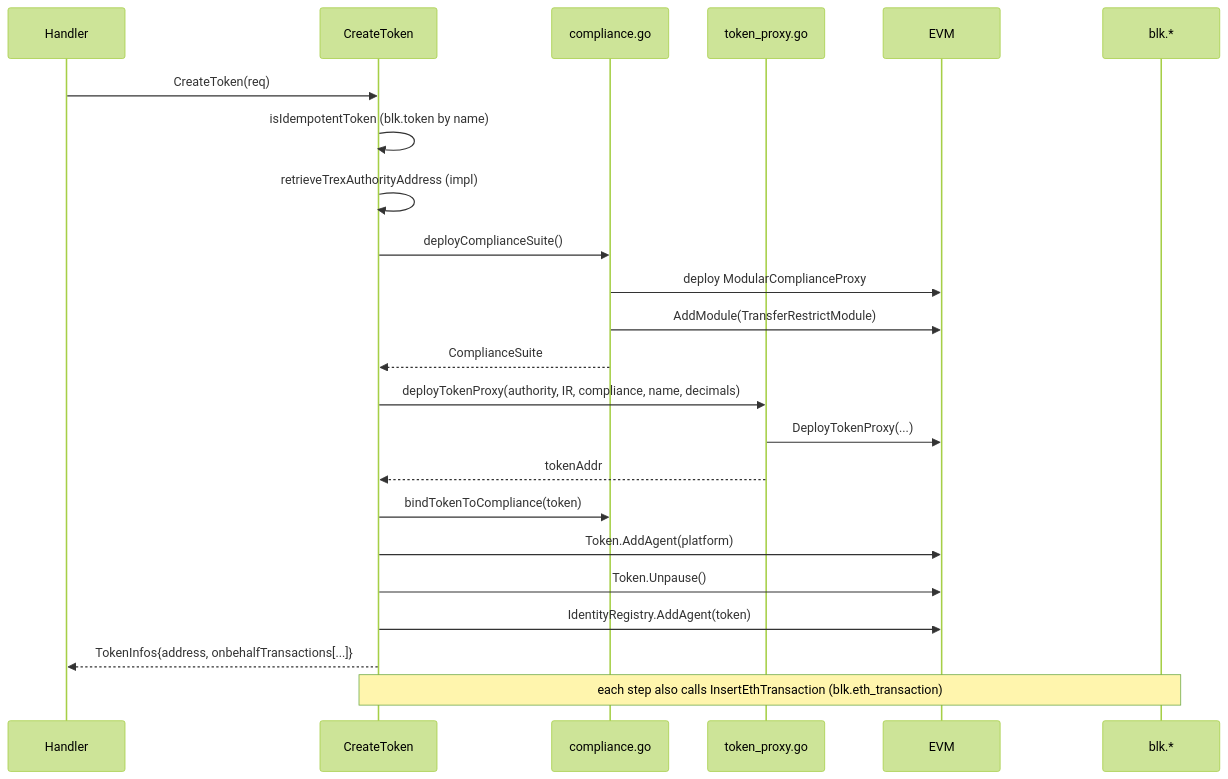
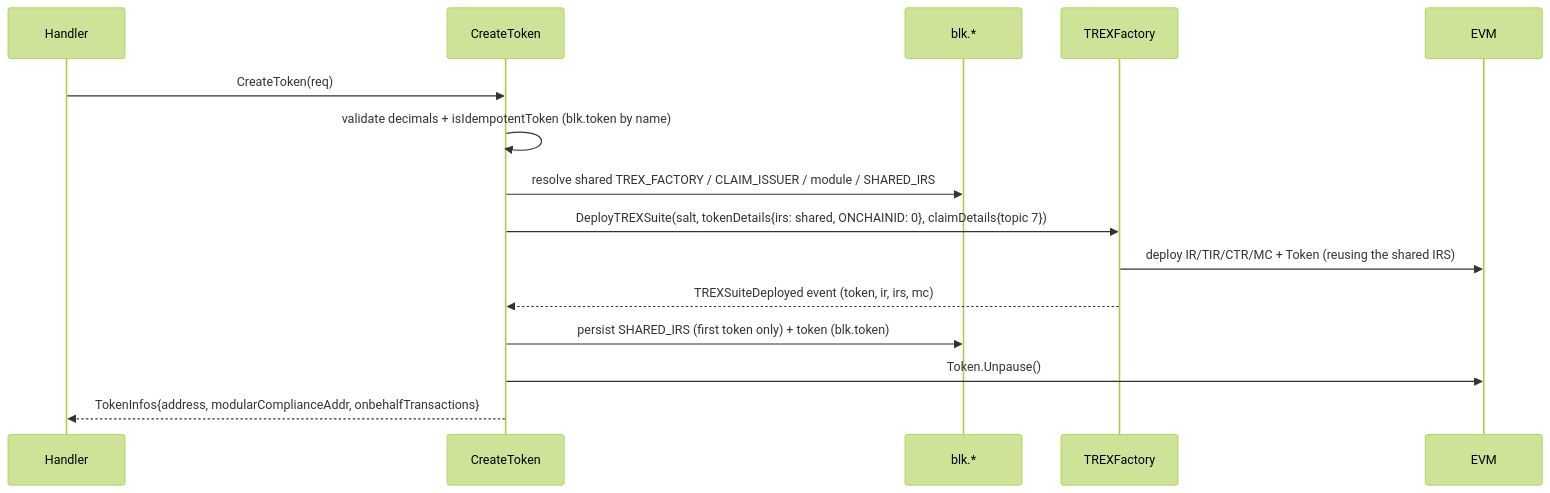
The fourth of 5 diagrams in internal/blockchain/README.md (TookenOrg/Tooken-Services), drawn with Mermaid (forest theme) before and after one commit. The commit also changed other lines of this file and 13 other files, not shown here.

````diff
--- a/internal/blockchain/README.md
+++ b/internal/blockchain/README.md
@@ -196,26 +196,18 @@
 ```mermaid
 sequenceDiagram
     participant H as Handler
     participant T as CreateToken
-    participant C as compliance.go
-    participant P as token_proxy.go
+    participant DB as blk.*
+    participant F as TREXFactory
     participant Chain as EVM
-    participant DB as blk.*
 
     H->>T: CreateToken(req)
-    T->>T: isIdempotentToken (blk.token by name)
-    T->>T: retrieveTrexAuthorityAddress (impl)
-    T->>C: deployComplianceSuite()
-    C->>Chain: deploy ModularComplianceProxy
-    C->>Chain: AddModule(TransferRestrictModule)
-    C-->>T: ComplianceSuite
-    T->>P: deployTokenProxy(authority, IR, compliance, name, decimals)
-    P->>Chain: DeployTokenProxy(...)
-    P-->>T: tokenAddr
-    T->>C: bindTokenToCompliance(token)
-    T->>Chain: Token.AddAgent(platform)
+    T->>T: validate decimals + isIdempotentToken (blk.token by name)
+    T->>DB: resolve shared TREX_FACTORY / CLAIM_ISSUER / module / SHARED_IRS
+    T->>F: DeployTREXSuite(salt, tokenDetails{irs: shared, ONCHAINID: 0}, claimDetails{topic 7})
+    F->>Chain: deploy IR/TIR/CTR/MC + Token (reusing the shared IRS)
+    F-->>T: TREXSuiteDeployed event (token, ir, irs, mc)
+    T->>DB: persist SHARED_IRS (first token only) + token (blk.token)
     T->>Chain: Token.Unpause()
-    T->>Chain: IdentityRegistry.AddAgent(token)
-    T-->>H: TokenInfos{address, onbehalfTransactions[...]}
-    Note over T,DB: each step also calls InsertEthTransaction (blk.eth_transaction)
+    T-->>H: TokenInfos{address, modularComplianceAddr, onbehalfTransactions}
 ```
````
